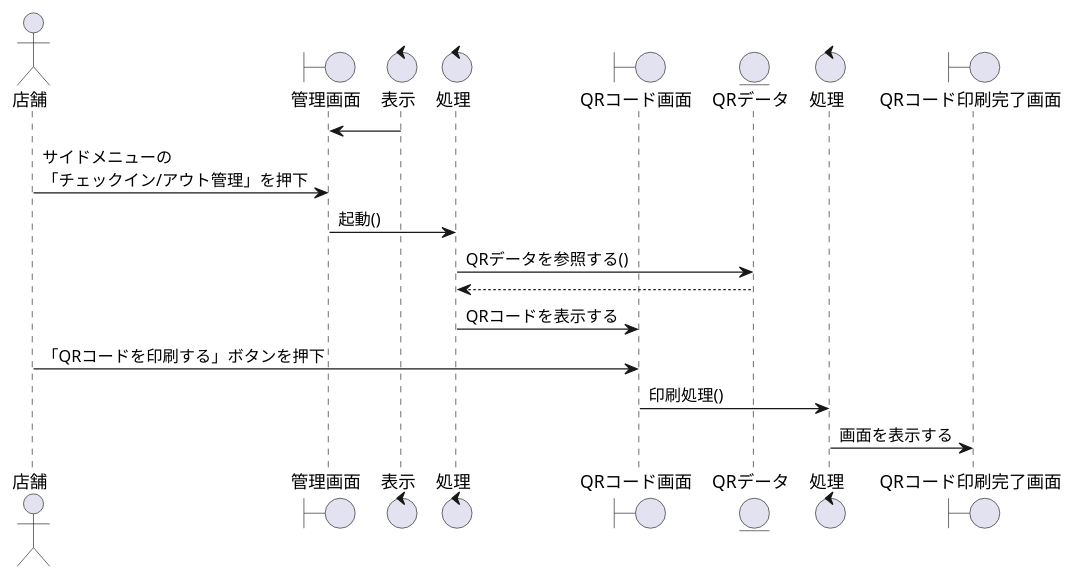
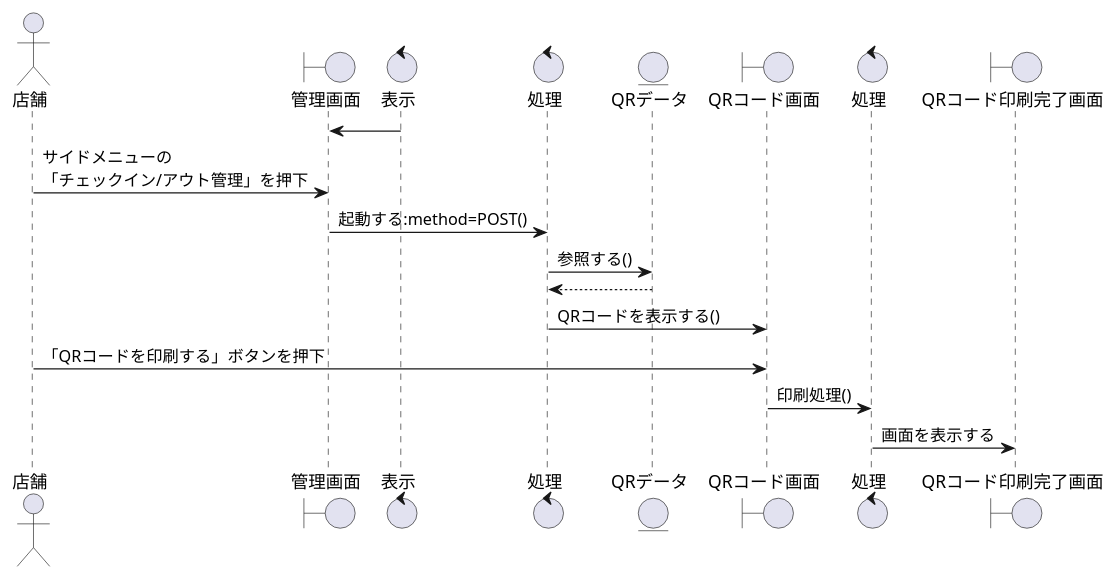
The diagram in sequence_fig/8_storeside_fn/12_QRコードを印刷する.pu (irukacb256/high_Me), drawn with PlantUML before and after one commit. The commit also changed 11 other files, not shown here.

```diff
--- a/sequence_fig/8_storeside_fn/12_QRコードを印刷する.pu
+++ b/sequence_fig/8_storeside_fn/12_QRコードを印刷する.pu
@@ -1,22 +1,22 @@
 @startuml QRコードを印刷する
 
 actor 店舗 as cp1
 boundary 管理画面 as b1
 control 表示 as co1
 control 処理 as co2
+entity QRデータ as en1
 boundary QRコード画面 as b2
-entity QRデータ as e1
 control 処理 as co3
 boundary QRコード印刷完了画面 as b3
 
 b1   <- co1
 cp1  -> b1 :サイドメニューの\n「チェックイン/アウト管理」を押下
-b1   -> co2 :起動()
-co2  -> e1 :QRデータを参照する()
-co2 <-- e1
-b2  <- co2 :QRコードを表示する
+b1   -> co2 :起動する:method=POST()
+co2  -> en1 :参照する()
+co2 <-- en1
+b2  <- co2 :QRコードを表示する()
 cp1 -> b2 :「QRコードを印刷する」ボタンを押下
 b2 -> co3 :印刷処理()
 co3 -> b3 :画面を表示する
 
 @enduml
```
